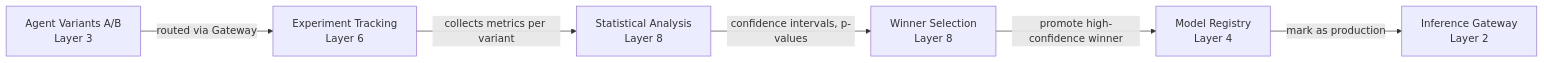
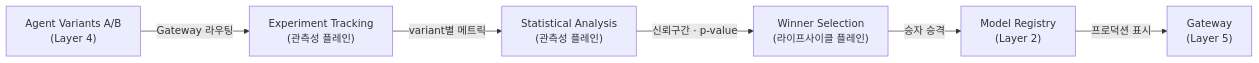
One commit to devfloor9/engineering-playbook changed the eighth of 10 diagrams in docs/agentic-ai-platform/design-architecture/foundations/agentic-platform-architecture.md. Above: the diagram before and after it, drawn with Mermaid. The commit also changed other lines of this file and 24 other files, not shown here.

````diff
--- a/docs/agentic-ai-platform/design-architecture/foundations/agentic-platform-architecture.md
+++ b/docs/agentic-ai-platform/design-architecture/foundations/agentic-platform-architecture.md
@@ -656,8 +592,8 @@
 ```mermaid
 graph LR
-    A[Agent Variants A/B<br/>Layer 3] -->|routed via Gateway| B[Experiment Tracking<br/>Layer 6]
-    B -->|collects metrics per variant| C[Statistical Analysis<br/>Layer 8]
-    C -->|confidence intervals, p-values| D[Winner Selection<br/>Layer 8]
-    D -->|promote high-confidence winner| E[Model Registry<br/>Layer 4]
-    E -->|mark as production| F[Inference Gateway<br/>Layer 2]
+    A["Agent Variants A/B<br/>(Layer 4)"] -->|Gateway 라우팅| B["Experiment Tracking<br/>(관측성 플레인)"]
+    B -->|variant별 메트릭| C["Statistical Analysis<br/>(관측성 플레인)"]
+    C -->|신뢰구간 · p-value| D["Winner Selection<br/>(라이프사이클 플레인)"]
+    D -->|승자 승격| E["Model Registry<br/>(Layer 2)"]
+    E -->|프로덕션 표시| F["Gateway<br/>(Layer 5)"]
 ```
````
